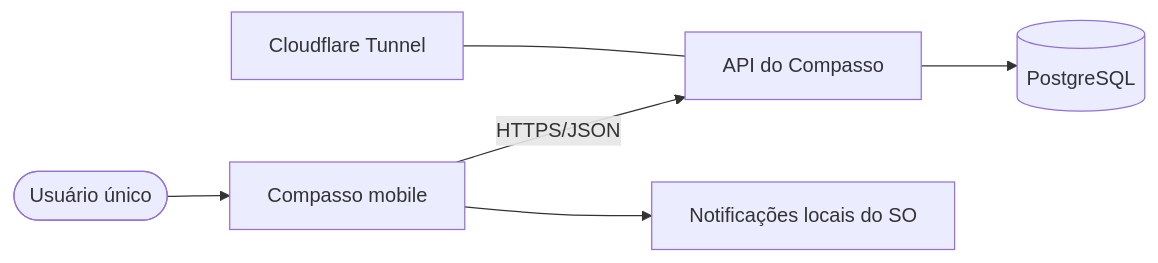
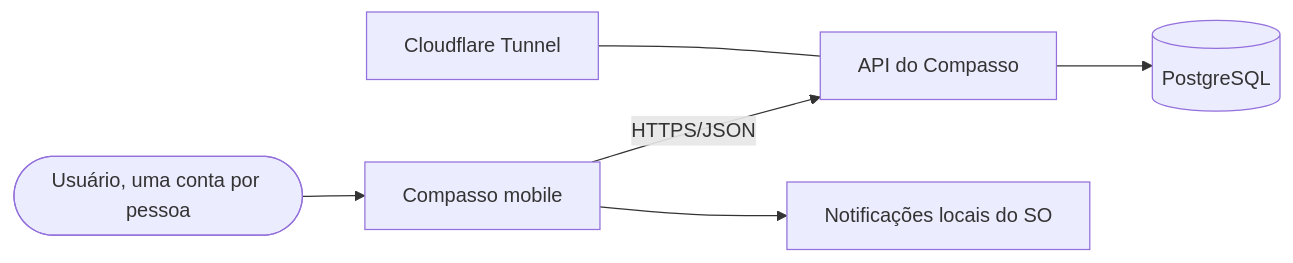
The second of 4 diagrams in docs/especificacao-tecnica-v1.md (dioguit0s/compassoApp), drawn with Mermaid before and after one commit. The commit also changed other lines of this file and 16 other files, not shown here.

````diff
--- a/docs/especificacao-tecnica-v1.md
+++ b/docs/especificacao-tecnica-v1.md
@@ -511,8 +514,8 @@
 ```mermaid
 graph LR
-    User([Usuário único]) --> App[Compasso mobile]
+    User([Usuário, uma conta por pessoa]) --> App[Compasso mobile]
     App -->|HTTPS/JSON| API[API do Compasso]
     App --> Notif[Notificações locais do SO]
     API --> DB[(PostgreSQL)]
     Tunnel[Cloudflare Tunnel] --- API
 ```
````
